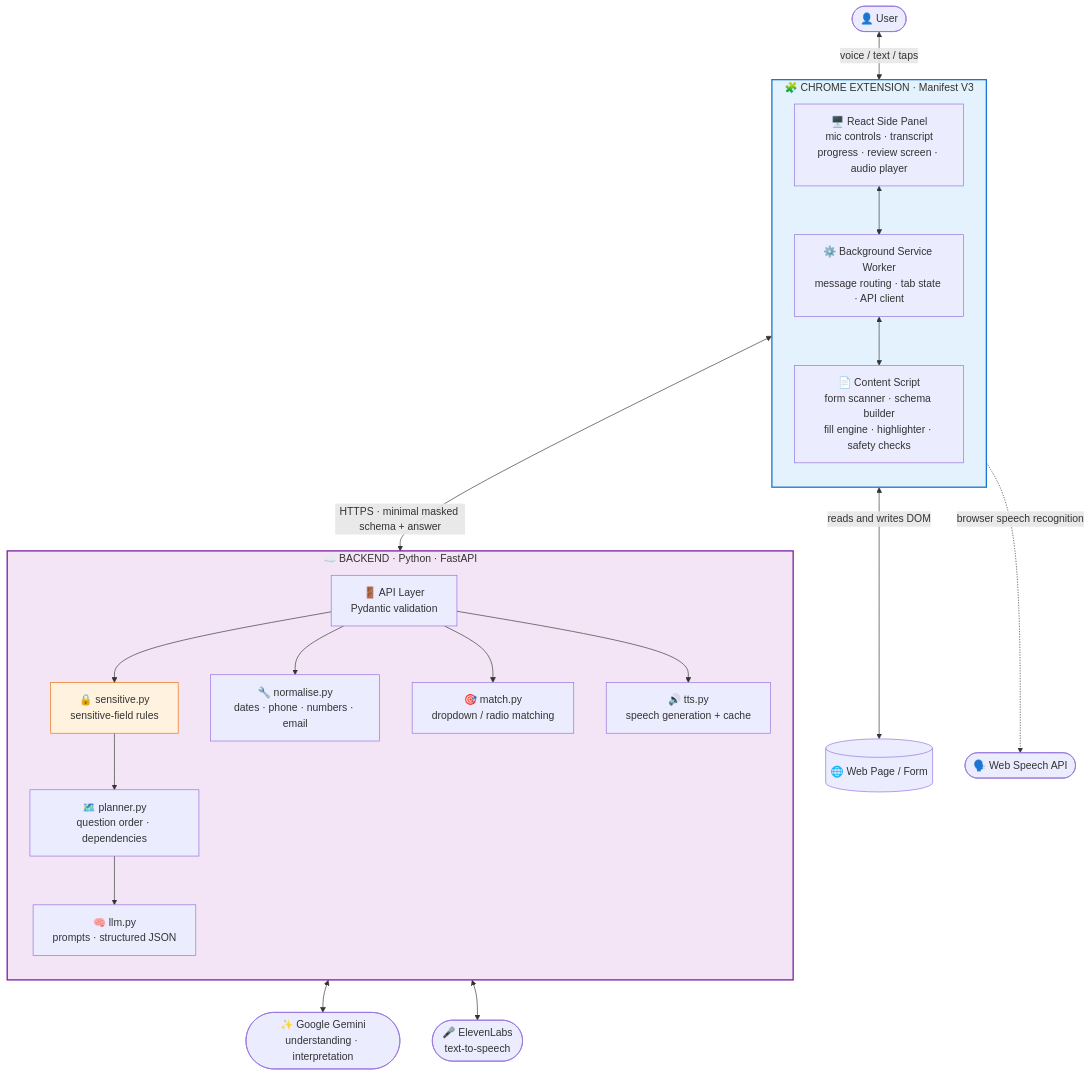
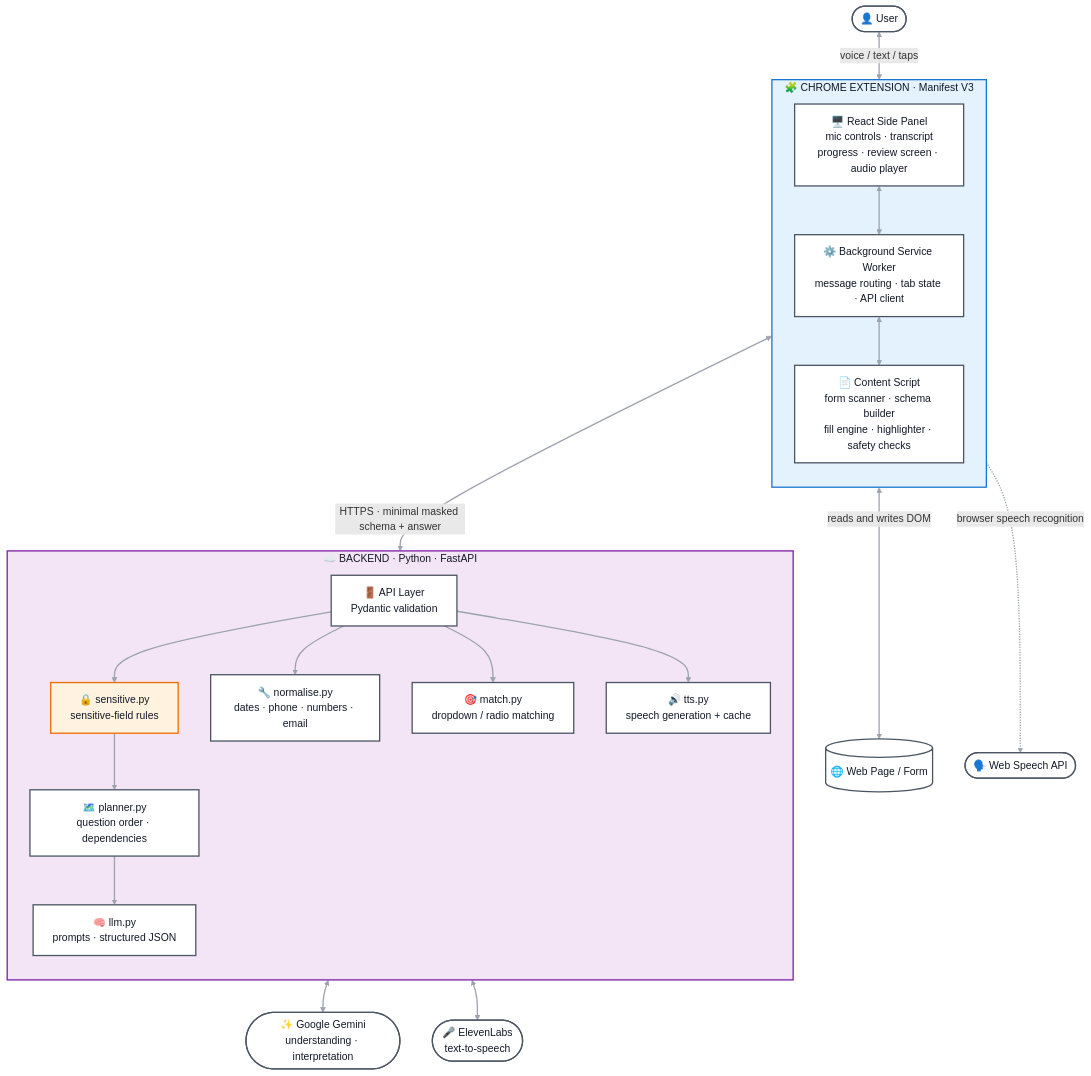
The second of 8 diagrams in README.md (vrajardeshana19-bit/FormSathi), drawn with Mermaid before and after one commit. The commit also changed other lines of this file, not shown here.

````diff
--- a/README.md
+++ b/README.md
@@ -167,41 +182,56 @@
 ```mermaid
 flowchart TB
     U([👤 User]) <-->|voice / text / taps| SP
 
     subgraph EXT["🧩 CHROME EXTENSION · Manifest V3"]
         direction TB
         SP["🖥️ React Side Panel<br/>mic controls · transcript<br/>progress · review screen · audio player"]
         BG["⚙️ Background Service Worker<br/>message routing · tab state · API client"]
         CS["📄 Content Script<br/>form scanner · schema builder<br/>fill engine · highlighter · safety checks"]
         SP <--> BG
         BG <--> CS
     end
 
     CS <-->|reads and writes DOM| PAGE[("🌐 Web Page / Form")]
 
     BG <-->|"HTTPS · minimal masked schema + answer"| API
 
     subgraph BE["☁️ BACKEND · Python · FastAPI"]
         direction TB
         API["🚪 API Layer<br/>Pydantic validation"]
         SENS["🔒 sensitive.py<br/>sensitive-field rules"]
         PLAN["🗺️ planner.py<br/>question order · dependencies"]
         NORM["🔧 normalise.py<br/>dates · phone · numbers · email"]
         MATCH["🎯 match.py<br/>dropdown / radio matching"]
         LLM["🧠 llm.py<br/>prompts · structured JSON"]
         TTS["🔊 tts.py<br/>speech generation + cache"]
         API --> SENS --> PLAN
         PLAN --> LLM
         API --> NORM
         API --> MATCH
         API --> TTS
     end
 
     LLM <--> GEM(["✨ Google Gemini<br/>understanding · interpretation"])
     TTS <--> EL(["🎤 ElevenLabs<br/>text-to-speech"])
     SP -.->|"browser speech recognition"| WSA(["🗣️ Web Speech API"])
 
-    style EXT fill:#e3f2fd,stroke:#1976d2,stroke-width:2px
-    style BE fill:#f3e5f5,stroke:#7b1fa2,stroke-width:2px
-    style SENS fill:#fff3e0,stroke:#ef6c00
+    style EXT fill:#e3f2fd,stroke:#1976d2,stroke-width:2px,color:#111827
+    style BE fill:#f3e5f5,stroke:#7b1fa2,stroke-width:2px,color:#111827
+    style SENS fill:#fff3e0,stroke:#ef6c00,color:#111827,stroke-width:2px
+    style MATCH fill:#ffffff,stroke:#4b5563,color:#111827,stroke-width:2px
+    style API fill:#ffffff,stroke:#4b5563,color:#111827,stroke-width:2px
+    style BG fill:#ffffff,stroke:#4b5563,color:#111827,stroke-width:2px
+    style CS fill:#ffffff,stroke:#4b5563,color:#111827,stroke-width:2px
+    style EL fill:#ffffff,stroke:#4b5563,color:#111827,stroke-width:2px
+    style GEM fill:#ffffff,stroke:#4b5563,color:#111827,stroke-width:2px
+    style LLM fill:#ffffff,stroke:#4b5563,color:#111827,stroke-width:2px
+    style NORM fill:#ffffff,stroke:#4b5563,color:#111827,stroke-width:2px
+    style PAGE fill:#ffffff,stroke:#4b5563,color:#111827,stroke-width:2px
+    style PLAN fill:#ffffff,stroke:#4b5563,color:#111827,stroke-width:2px
+    style SP fill:#ffffff,stroke:#4b5563,color:#111827,stroke-width:2px
+    style TTS fill:#ffffff,stroke:#4b5563,color:#111827,stroke-width:2px
+    style U fill:#ffffff,stroke:#4b5563,color:#111827,stroke-width:2px
+    style WSA fill:#ffffff,stroke:#4b5563,color:#111827,stroke-width:2px
+    linkStyle default stroke:#9ca3af,stroke-width:2px
 ```
````
